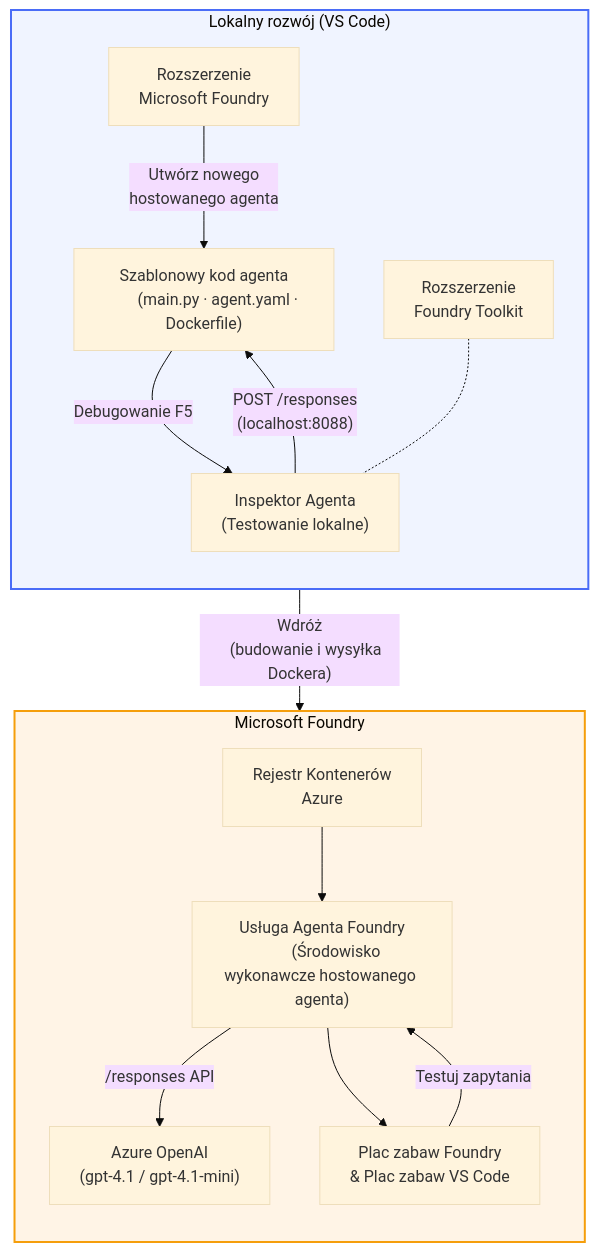
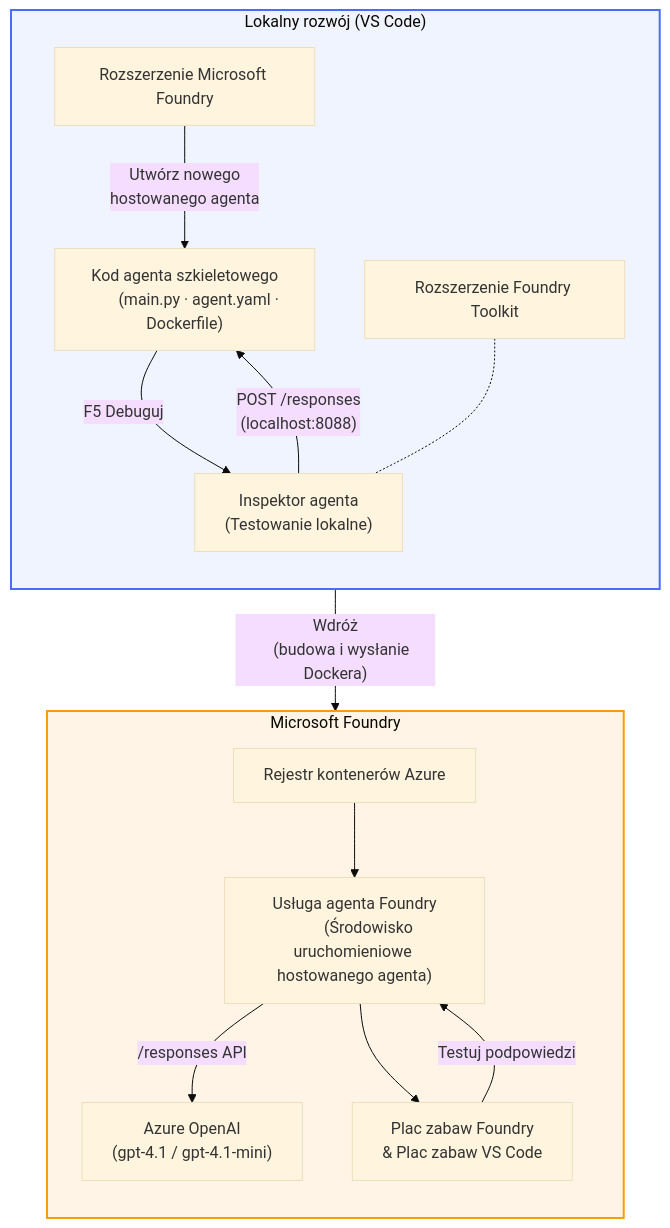
Before and after one commit to microsoft-foundry/Foundry_Toolkit_for_VSCode_Lab: the diagram in translations/pl/README.md, drawn with Mermaid (base theme). The commit also changed other lines of this file and 110 other files, not shown here.

````diff
--- a/translations/pl/README.md
+++ b/translations/pl/README.md
@@ -48,42 +52,39 @@
 ```mermaid
 flowchart TB
     subgraph Local["Lokalny rozwój (VS Code)"]
         direction TB
-        FE["Rozszerzenie
-        Microsoft Foundry"]
-        FoundryToolkit["Rozszerzenie
-        Foundry Toolkit"]
-        Scaffold["Szablonowy kod agenta
+        FE["Rozszerzenie Microsoft Foundry"]
+        FoundryToolkit["Rozszerzenie Foundry Toolkit"]
+        Scaffold["Kod agenta szkieletowego
         (main.py · agent.yaml · Dockerfile)"]
-        Inspector["Inspektor Agenta
+        Inspector["Inspektor agenta
         (Testowanie lokalne)"]
         FE -- "Utwórz nowego
         hostowanego agenta" --> Scaffold
-        Scaffold -- "Debugowanie F5" --> Inspector
+        Scaffold -- "F5 Debuguj" --> Inspector
         FoundryToolkit -.- Inspector
     end
 
     subgraph Cloud["Microsoft Foundry"]
         direction TB
-        ACR["Rejestr Kontenerów
-        Azure"]
-        AgentService["Usługa Agenta Foundry
-        (Środowisko wykonawcze hostowanego agenta)"]
+        ACR["Rejestr kontenerów Azure"]
+        AgentService["Usługa agenta Foundry
+        (Środowisko uruchomieniowe hostowanego agenta)"]
         Model["Azure OpenAI
         (gpt-4.1 / gpt-4.1-mini)"]
         Playground["Plac zabaw Foundry
         & Plac zabaw VS Code"]
         ACR --> AgentService
         AgentService -- "/responses API" --> Model
         AgentService --> Playground
     end
 
     Scaffold -- "Wdróż
-    (budowanie i wysyłka Dockera)" --> ACR
+    (budowa i wysłanie Dockera)" --> ACR
     Inspector -- "POST /responses
     (localhost:8088)" --> Scaffold
-    Playground -- "Testuj zapytania" --> AgentService
+    Playground -- "Testuj podpowiedzi" --> AgentService
 
     style Local fill:#f0f4ff,stroke:#4a6cf7,stroke-width:2px
     style Cloud fill:#fff4e6,stroke:#f59e0b,stroke-width:2px
 ```
````
